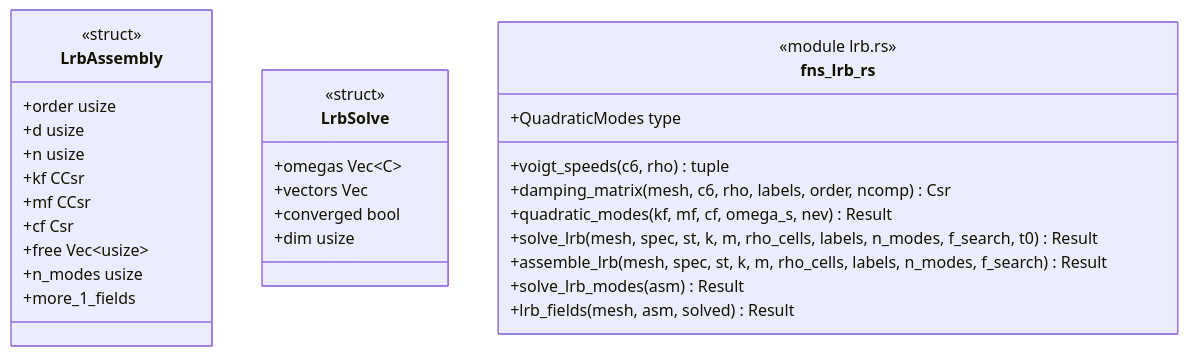
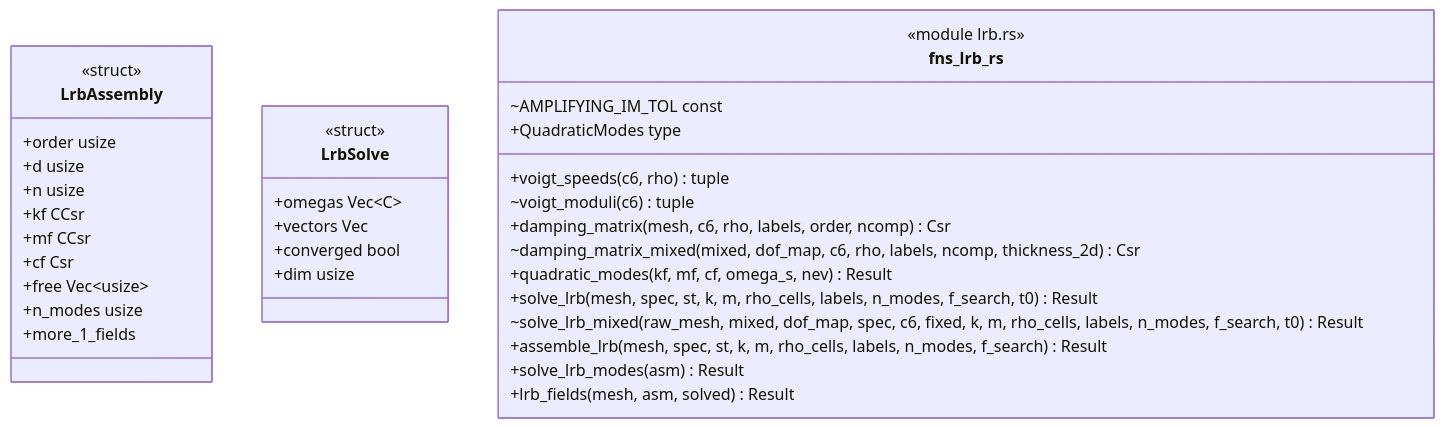
The diagram in docs/architecture/c4/4-code/sms/lrb.md (p-j-r/nyx), drawn with Mermaid before and after one commit. The commit also changed other lines of this file and 110 other files, not shown here.

````diff
--- a/docs/architecture/c4/4-code/sms/lrb.md
+++ b/docs/architecture/c4/4-code/sms/lrb.md
@@ -36,33 +38,37 @@
 ```mermaid
 classDiagram
   class LrbAssembly {
       <<struct>>
       +order usize
       +d usize
       +n usize
       +kf CCsr
       +mf CCsr
       +cf Csr
       +free Vec~usize~
       +n_modes usize
       +more_1_fields
   }
   class LrbSolve {
       <<struct>>
       +omegas Vec~C~
       +vectors Vec
       +converged bool
       +dim usize
   }
   class fns_lrb_rs {
       <<module lrb.rs>>
       +voigt_speeds(c6, rho) tuple
+      ~voigt_moduli(c6) tuple
       +damping_matrix(mesh, c6, rho, labels, order, ncomp) Csr
+      ~damping_matrix_mixed(mixed, dof_map, c6, rho, labels, ncomp, thickness_2d) Csr
       +quadratic_modes(kf, mf, cf, omega_s, nev) Result
       +solve_lrb(mesh, spec, st, k, m, rho_cells, labels, n_modes, f_search, t0) Result
+      ~solve_lrb_mixed(raw_mesh, mixed, dof_map, spec, c6, fixed, k, m, rho_cells, labels, n_modes, f_search, t0) Result
       +assemble_lrb(mesh, spec, st, k, m, rho_cells, labels, n_modes, f_search) Result
       +solve_lrb_modes(asm) Result
       +lrb_fields(mesh, asm, solved) Result
+      ~AMPLIFYING_IM_TOL const
       +QuadraticModes type
   }
 ```
````
